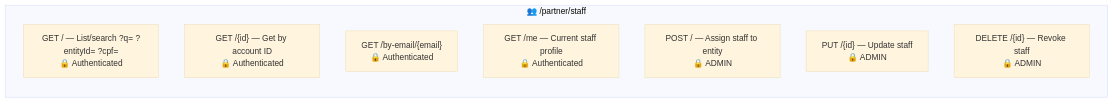
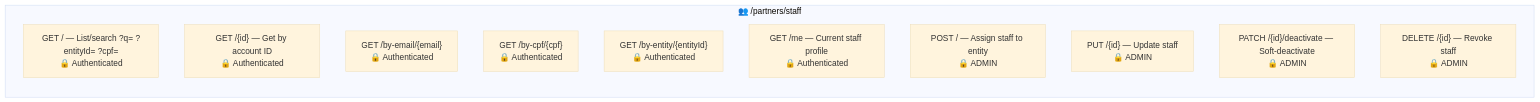
One commit to Plataforma-Universidade-Gratuita/pug-service changed the third of 5 diagrams in src/main/java/br/org/catolicasc/pug/partner/README.md. Above: the diagram before and after it, drawn with Mermaid (base theme). The commit also changed other lines of this file and 227 other files, not shown here.

````diff
--- a/src/main/java/br/org/catolicasc/pug/partner/README.md
+++ b/src/main/java/br/org/catolicasc/pug/partner/README.md
@@ -77,13 +77,16 @@
 ```mermaid
 graph LR
-    subgraph Staff["👥 /partner/staff"]
+    subgraph Staff["👥 /partners/staff"]
         direction TB
         GET_LIST["GET / — List/search ?q= ?entityId= ?cpf=<br/>🔒 Authenticated"]
         GET_ID["GET /{id} — Get by account ID<br/>🔒 Authenticated"]
         GET_EMAIL["GET /by-email/{email}<br/>🔒 Authenticated"]
+        GET_CPF["GET /by-cpf/{cpf}<br/>🔒 Authenticated"]
+        GET_ENTITY["GET /by-entity/{entityId}<br/>🔒 Authenticated"]
         GET_ME["GET /me — Current staff profile<br/>🔒 Authenticated"]
         POST["POST / — Assign staff to entity<br/>🔒 ADMIN"]
         PUT["PUT /{id} — Update staff<br/>🔒 ADMIN"]
+        PATCH["PATCH /{id}/deactivate — Soft-deactivate<br/>🔒 ADMIN"]
         DELETE["DELETE /{id} — Revoke staff<br/>🔒 ADMIN"]
     end
 ```
````
